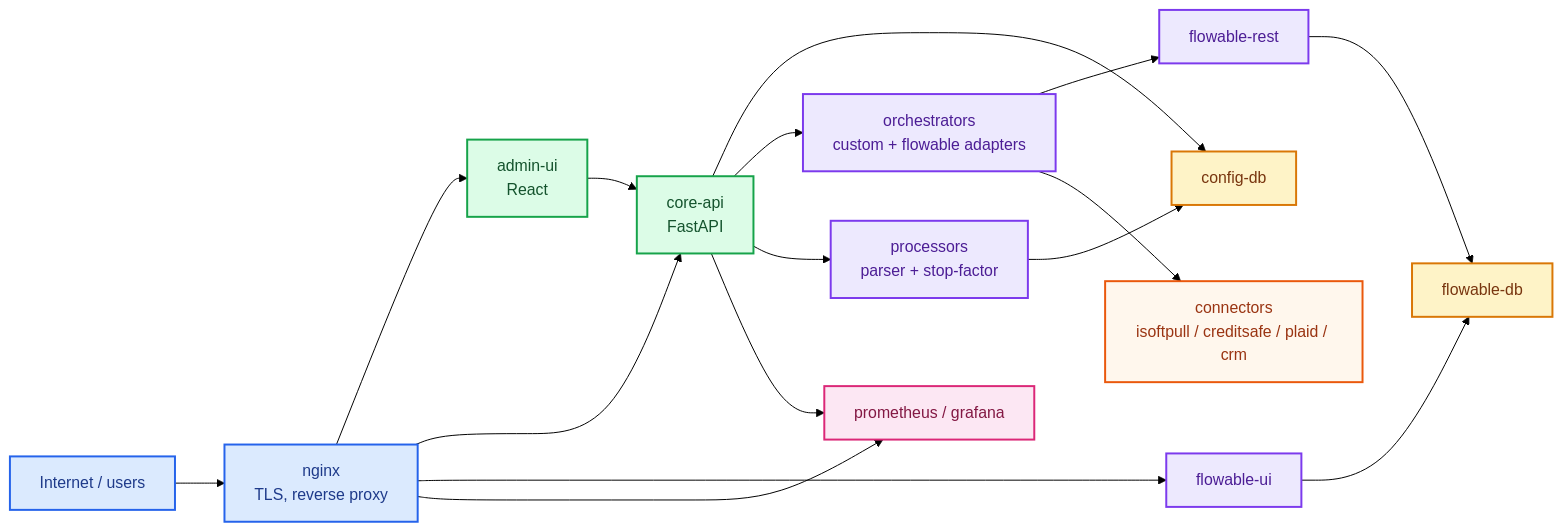
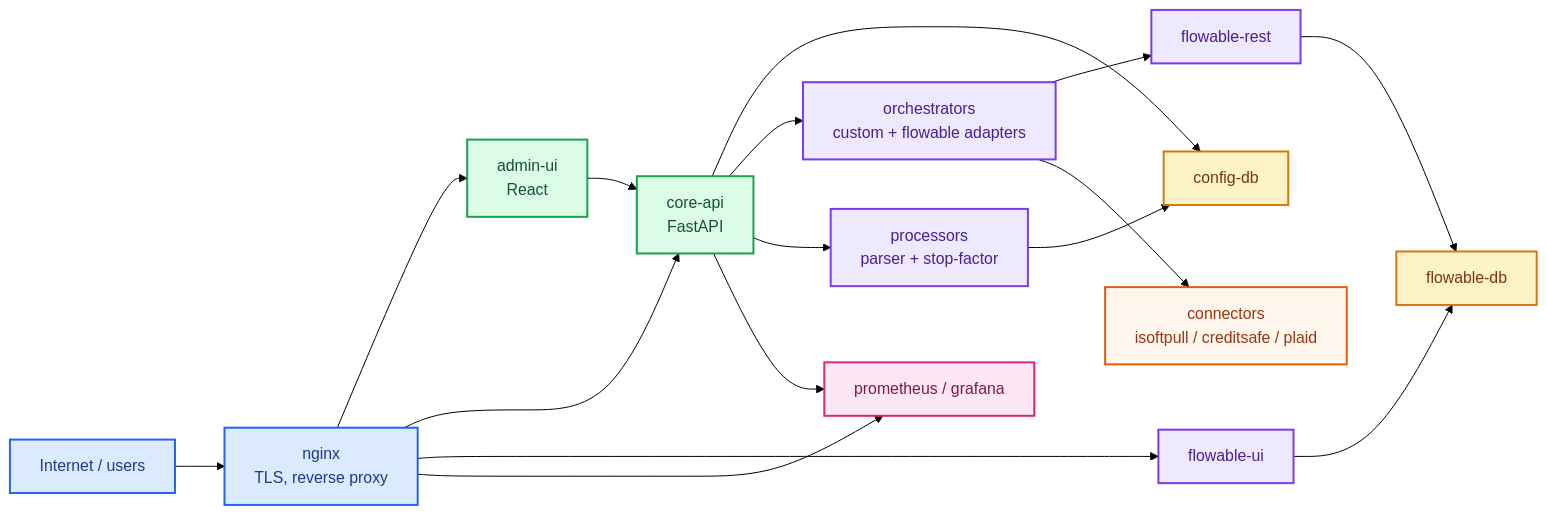
The second of 6 diagrams in docs/ARCHITECTURE_C4_RU.md (dlllmbeck777/bpmn_project), drawn with Mermaid (forest theme) before and after one commit. The commit also changed other lines of this file and 25 other files, not shown here.

````diff
--- a/docs/ARCHITECTURE_C4_RU.md
+++ b/docs/ARCHITECTURE_C4_RU.md
@@ -59,38 +59,38 @@
 ```mermaid
 flowchart LR
     classDef edge fill:#dbeafe,stroke:#2563eb,color:#1e3a8a,stroke-width:2px;
     classDef app fill:#dcfce7,stroke:#16a34a,color:#14532d,stroke-width:2px;
     classDef proc fill:#ede9fe,stroke:#7c3aed,color:#4c1d95,stroke-width:2px;
     classDef data fill:#fef3c7,stroke:#d97706,color:#78350f,stroke-width:2px;
     classDef ext fill:#fff7ed,stroke:#ea580c,color:#9a3412,stroke-width:2px;
     classDef obs fill:#fce7f3,stroke:#db2777,color:#831843,stroke-width:2px;
 
     Internet["Internet / users"]:::edge
     Nginx["nginx<br/>TLS, reverse proxy"]:::edge
     Admin["admin-ui<br/>React"]:::app
     Core["core-api<br/>FastAPI"]:::app
     Orch["orchestrators<br/>custom + flowable adapters"]:::proc
     Proc["processors<br/>parser + stop-factor"]:::proc
     FlowRest["flowable-rest"]:::proc
     FlowUi["flowable-ui"]:::proc
     ConfigDb["config-db"]:::data
     FlowDb["flowable-db"]:::data
-    Connectors["connectors<br/>isoftpull / creditsafe / plaid / crm"]:::ext
+    Connectors["connectors<br/>isoftpull / creditsafe / plaid"]:::ext
     Obs["prometheus / grafana"]:::obs
 
     Internet --> Nginx
     Nginx --> Admin
     Nginx --> Core
     Nginx --> FlowUi
     Nginx --> Obs
     Admin --> Core
     Core --> ConfigDb
     Core --> Orch
     Core --> Proc
     Orch --> FlowRest
     Orch --> Connectors
     Proc --> ConfigDb
     FlowRest --> FlowDb
     FlowUi --> FlowDb
     Core --> Obs
 ```
````
